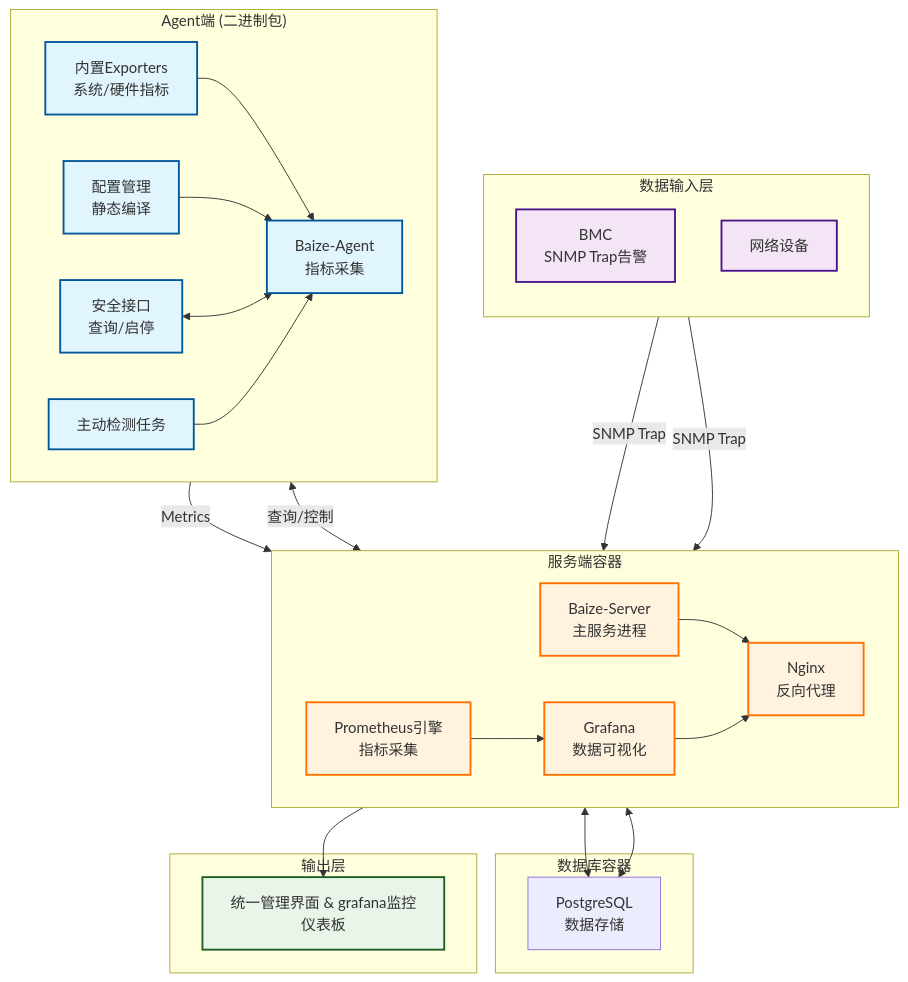
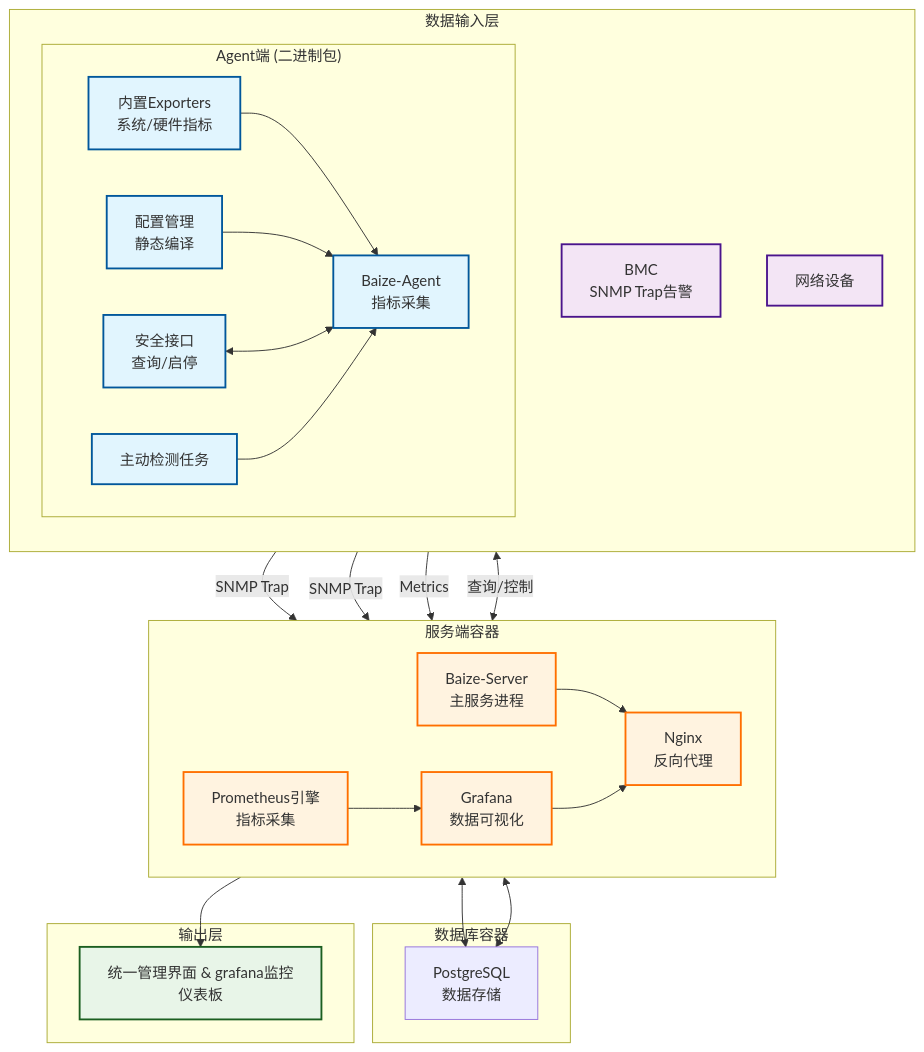
One commit to tokyoyoyo/baize-monitor changed the diagram in README_CN.md. Above: the diagram before and after it, drawn with Mermaid. The commit also changed 1 other file, not shown here.

Commit message:
``` docs(readme): fix mermaid diagram indentation in both English and Chinese versions
- Corrected the indentation of the subgraph block in README.md to properly align
  the Agent End section within the mermaid diagram
- Fixed similar indentation issue in README_CN.md for the Agent端 section
- Ensured proper closing of the subgraph block with correct spacing and alignment
```

````diff
--- a/README_CN.md
+++ b/README_CN.md
@@ -29,78 +29,78 @@
 ```mermaid
 graph TB
    %% 定义样式
    classDef core fill:#e1f5fe,stroke:#01579b,stroke-width:2px
    classDef input fill:#f3e5f5,stroke:#4a148c,stroke-width:2px
    classDef container fill:#fff3e0,stroke:#ff6f00,stroke-width:2px
    classDef output fill:#e8f5e8,stroke:#1b5e20,stroke-width:2px
 
    %% 数据输入层 - 顶部
    subgraph "数据输入层"
       direction TB
       A1[BMC<br/>SNMP Trap告警]
       A2[网络设备]
-   end
 
-   %% Agent端 - 位于输入层下方，作为主要数据源
-   subgraph "Agent端 (二进制包)"
-      direction LR   %% 水平排列使内部组件靠近输出侧
-      C1[内置Exporters<br/>系统/硬件指标]
-      C2[配置管理<br/>静态编译]
-      C3[安全接口<br/>查询/启停]
-      C4[主动检测任务]
-      A3[Baize-Agent<br/>指标采集]
-      C1 --> A3
-      C2 --> A3
-      C3 <--> A3
-      C4 --> A3
+      %% Agent端 - 位于输入层下方，作为主要数据源
+      subgraph "Agent端 (二进制包)"
+         direction LR   %% 水平排列使内部组件靠近输出侧
+         C1[内置Exporters<br/>系统/硬件指标]
+         C2[配置管理<br/>静态编译]
+         C3[安全接口<br/>查询/启停]
+         C4[主动检测任务]
+         A3[Baize-Agent<br/>指标采集]
+         C1 --> A3
+         C2 --> A3
+         C3 <--> A3
+         C4 --> A3
+      end
    end
 
    %% 服务端容器 - 水平排列，从左到右：Prometheus, Server, Grafana, Nginx
    subgraph "服务端容器"
       direction LR
       B2[Prometheus引擎<br/>指标采集]
       B1[Baize-Server<br/>主服务进程]
       B3[Grafana<br/>数据可视化]
       B5[Nginx<br/>反向代理]
    end
 
    %% 数据库容器 - 独立于右侧
    subgraph "数据库容器"
       B4[PostgreSQL<br/>数据存储]
    end
 
    %% 输出层 - 底部
    subgraph "输出层"
       D1[统一管理界面 & grafana监控仪表板]
    end
 
    %% 连接关系（保持原逻辑）
    A1 -->|SNMP Trap| B1
    A2 -->|SNMP Trap| B1
 
    A3 -->|Metrics| B2          
    %% Agent指标直接进入Prometheus
   
    C3 <-->|查询/控制| B1       
    %% 安全接口与Server双向通信
 
    B1 <--> B4                  
    %% Server读写数据库
    B3 <--> B4                   
    %% Grafana读取数据库
 
    B1 --> B5                    
    %% Server通过Nginx暴露
    B3 --> B5                   
    %% Grafana通过Nginx暴露
    B5 --> D1                   
    %% Nginx代理至统一界面
    B2 --> B3
 
    %% 应用样式
    class B1,B2,B3,B5 container
    class B4 database
    class A1,A2 input
    class C1,C2,C3,C4,A3 core
    class D1 output
 ```
````
